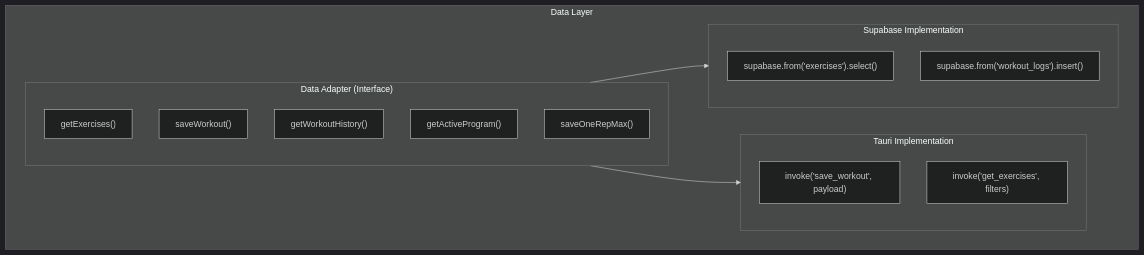
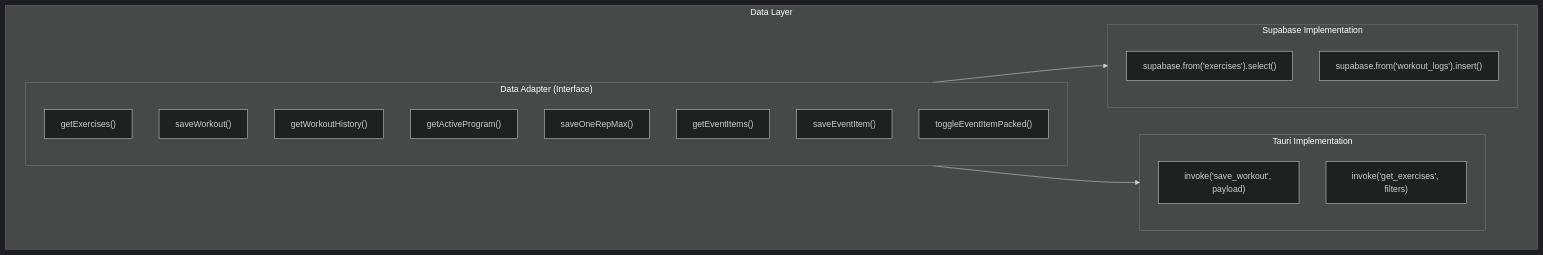
The fourth of 16 diagrams in docs/07-architecture.md (rghsoftware/ardent-forge), drawn with Mermaid (dark theme) before and after one commit. The commit also changed other lines of this file and 14 other files, not shown here.

````diff
--- a/docs/07-architecture.md
+++ b/docs/07-architecture.md
@@ -149,25 +149,28 @@
 ```mermaid
 flowchart TB
     subgraph Data["Data Layer"]
         subgraph Adapter["Data Adapter (Interface)"]
             GetExercises["getExercises()"]
             SaveWorkout["saveWorkout()"]
             GetHistory["getWorkoutHistory()"]
             GetProgram["getActiveProgram()"]
             Save1RM["saveOneRepMax()"]
+            GetEventItems["getEventItems()"]
+            SaveEventItem["saveEventItem()"]
+            ToggleEventItemPacked["toggleEventItemPacked()"]
         end
-        
+
         subgraph TauriImpl["Tauri Implementation"]
             InvokeCmd["invoke('save_workout', payload)"]
             InvokeQuery["invoke('get_exercises', filters)"]
         end
-        
+
         subgraph SupabaseImpl["Supabase Implementation"]
             SupaQuery["supabase.from('exercises').select()"]
             SupaInsert["supabase.from('workout_logs').insert()"]
         end
     end
-    
+
     Adapter --> TauriImpl
     Adapter --> SupabaseImpl
 ```
````
